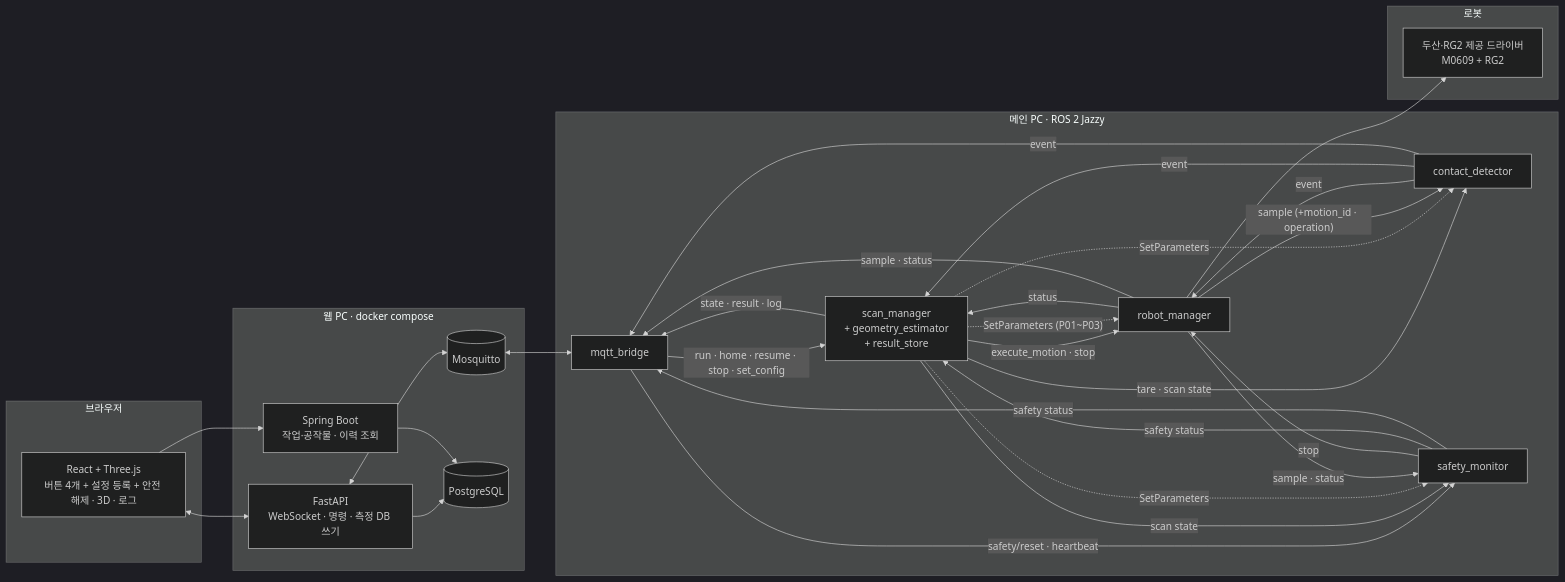
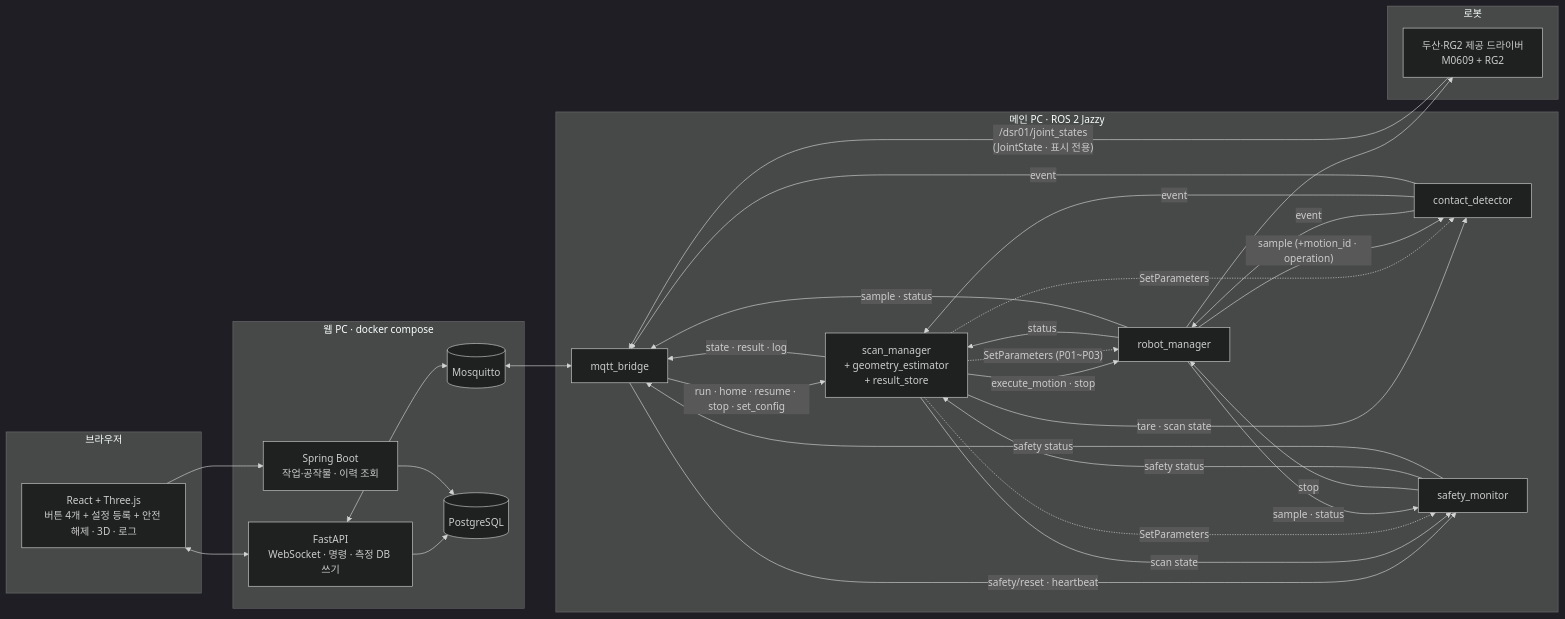
Before and after one commit to yujh5537/rokey_cobot1_Weld-Made: the diagram in docs/architecture.md, drawn with Mermaid (dark theme). The commit also changed other lines of this file and 17 other files, not shown here.

````diff
--- a/docs/architecture.md
+++ b/docs/architecture.md
@@ -6,48 +6,49 @@
 ```mermaid
 flowchart LR
   subgraph B[브라우저]
     UI[React + Three.js<br/>버튼 4개 + 설정 등록 + 안전 해제 · 3D · 로그]
   end
   subgraph W[웹 PC · docker compose]
     FA[FastAPI<br/>WebSocket · 명령 · 측정 DB 쓰기]
     SB[Spring Boot<br/>작업·공작물 · 이력 조회]
     MQ[(Mosquitto)]
     PG[(PostgreSQL)]
   end
   subgraph M[메인 PC · ROS 2 Jazzy]
     BR[mqtt_bridge]
     SM[scan_manager<br/>+ geometry_estimator<br/>+ result_store]
     RM[robot_manager]
     CD[contact_detector]
     SF[safety_monitor]
   end
   subgraph R[로봇]
     DSR[두산·RG2 제공 드라이버<br/>M0609 + RG2]
   end
   UI <--> FA
   UI --> SB
   FA <--> MQ
   FA --> PG
   SB --> PG
   MQ <--> BR
   BR -- "run · home · resume · stop · set_config" --> SM
   SM -- "state · result · log" --> BR
   BR -- "safety/reset · heartbeat" --> SF
   SM -- "execute_motion · stop" --> RM
   SM -- "tare · scan state" --> CD
   SM -- "scan state" --> SF
   SM -. "SetParameters (P01~P03)" .-> RM
   SM -. "SetParameters" .-> CD
   SM -. "SetParameters" .-> SF
   RM --> DSR
+  DSR -- "/dsr01/joint_states<br/>(JointState · 표시 전용)" --> BR
   RM -- "sample (+motion_id · operation)" --> CD
   RM -- "sample · status" --> SF
   RM -- "status" --> SM
   RM -- "sample · status" --> BR
   CD -- event --> RM
   CD -- event --> SM
   CD -- event --> BR
   SF -- stop --> RM
   SF -- "safety status" --> SM
   SF -- "safety status" --> BR
 ```
````
